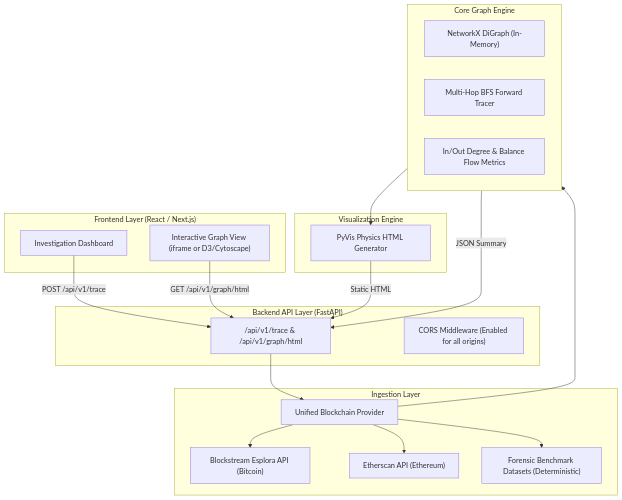
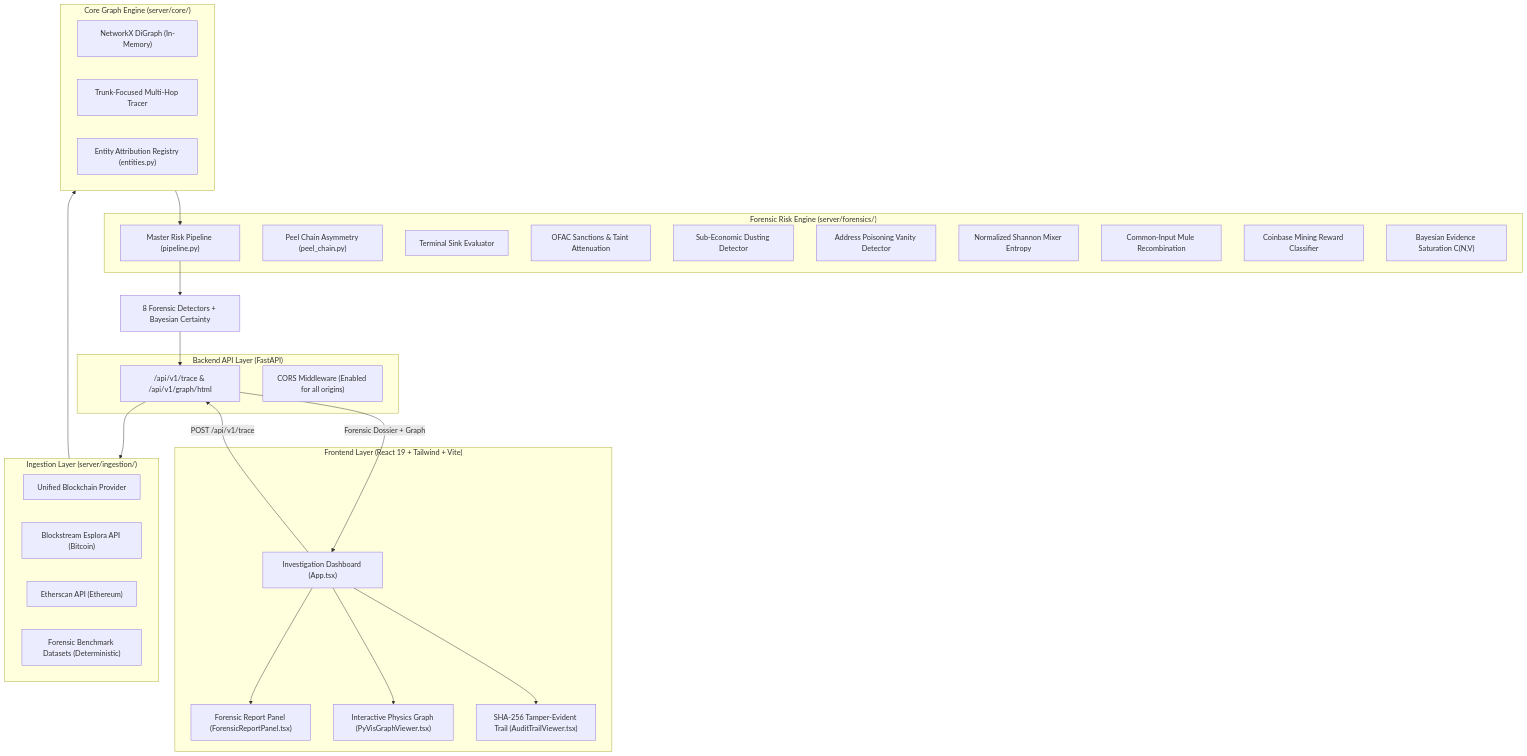
The diagram in docs/architecture.md (NabPrime03/ChainSentry), drawn with Mermaid before and after one commit. The commit also changed other lines of this file and 8 other files, not shown here.

````diff
--- a/docs/architecture.md
+++ b/docs/architecture.md
@@ -12,40 +12,49 @@
 ```mermaid
 flowchart TD
-    subgraph Frontend["Frontend Layer (React / Next.js)"]
-        UI["Investigation Dashboard"]
-        GraphView["Interactive Graph View (iframe or D3/Cytoscape)"]
+    subgraph Frontend["Frontend Layer (React 19 + Tailwind + Vite)"]
+        UI["Investigation Dashboard (App.tsx)"]
+        RiskPanel["Forensic Report Panel (ForensicReportPanel.tsx)"]
+        GraphView["Interactive Physics Graph (PyVisGraphViewer.tsx)"]
+        AuditView["SHA-256 Tamper-Evident Trail (AuditTrailViewer.tsx)"]
     end
 
     subgraph API["Backend API Layer (FastAPI)"]
         Router["/api/v1/trace & /api/v1/graph/html"]
         CORS["CORS Middleware (Enabled for all origins)"]
     end
 
-    subgraph Ingestion["Ingestion Layer"]
+    subgraph Forensics["Forensic Risk Engine (server/forensics/)"]
+        Pipeline["Master Risk Pipeline (pipeline.py)"]
+        PeelDet["Peel Chain Asymmetry (peel_chain.py)"]
+        SinkDet["Terminal Sink Evaluator"]
+        SanctionDet["OFAC Sanctions & Taint Attenuation"]
+        DustDet["Sub-Economic Dusting Detector"]
+        PoisonDet["Address Poisoning Vanity Detector"]
+        EntropyDet["Normalized Shannon Mixer Entropy"]
+        ClusterDet["Common-Input Mule Recombination"]
+        MiningDet["Coinbase Mining Reward Classifier"]
+        BayesDet["Bayesian Evidence Saturation C(N,V)"]
+    end
+
+    subgraph Ingestion["Ingestion Layer (server/ingestion/)"]
         UnifiedProvider["Unified Blockchain Provider"]
         Blockstream["Blockstream Esplora API (Bitcoin)"]
         Etherscan["Etherscan API (Ethereum)"]
         Benchmark["Forensic Benchmark Datasets (Deterministic)"]
     end
 
-    subgraph CoreGraph["Core Graph Engine"]
+    subgraph CoreGraph["Core Graph Engine (server/core/)"]
         NetworkX["NetworkX DiGraph (In-Memory)"]
-        ForwardTrace["Multi-Hop BFS Forward Tracer"]
-        Metrics["In/Out Degree & Balance Flow Metrics"]
-    end
-
-    subgraph Viz["Visualization Engine"]
-        PyVis["PyVis Physics HTML Generator"]
+        ForwardTrace["Trunk-Focused Multi-Hop Tracer"]
+        Entities["Entity Attribution Registry (entities.py)"]
     end
 
     UI -->|POST /api/v1/trace| Router
-    GraphView -->|GET /api/v1/graph/html| Router
-    Router --> UnifiedProvider
-    UnifiedProvider --> Blockstream
-    UnifiedProvider --> Etherscan
-    UnifiedProvider --> Benchmark
-    UnifiedProvider --> CoreGraph
-    CoreGraph --> PyVis
-    PyVis -->|Static HTML| Router
-    CoreGraph -->|JSON Summary| Router
+    Router --> Ingestion
+    Ingestion --> CoreGraph
+    CoreGraph --> Pipeline
+    Pipeline --> Dets["8 Forensic Detectors + Bayesian Certainty"]
+    Dets --> Router
+    Router -->|Forensic Dossier + Graph| UI
+    UI --> RiskPanel & GraphView & AuditView
 ```
````
